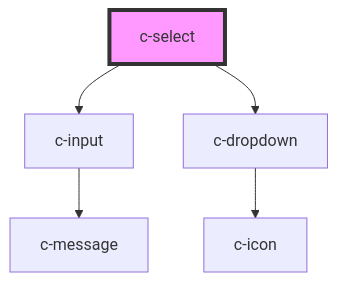
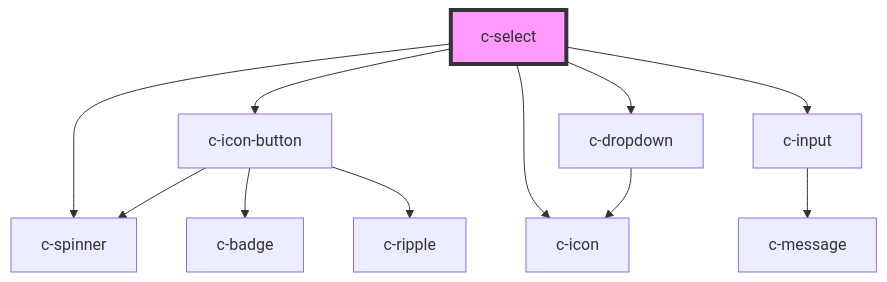
One commit to CSCfi/ui changed the diagram in packages/csc-ui/src/components/c-select/readme.md. Above: the diagram before and after it, drawn with Mermaid. The commit also changed other lines of this file and 81 other files, not shown here.

````diff
--- a/packages/csc-ui/src/components/c-select/readme.md
+++ b/packages/csc-ui/src/components/c-select/readme.md
@@ -102,8 +86,14 @@
 ```mermaid
 graph TD;
+  c-select --> c-spinner
+  c-select --> c-icon-button
+  c-select --> c-icon
+  c-select --> c-dropdown
   c-select --> c-input
-  c-select --> c-dropdown
+  c-icon-button --> c-badge
+  c-icon-button --> c-spinner
+  c-icon-button --> c-ripple
+  c-dropdown --> c-icon
   c-input --> c-message
-  c-dropdown --> c-icon
   style c-select fill:#f9f,stroke:#333,stroke-width:4px
 ```
````
